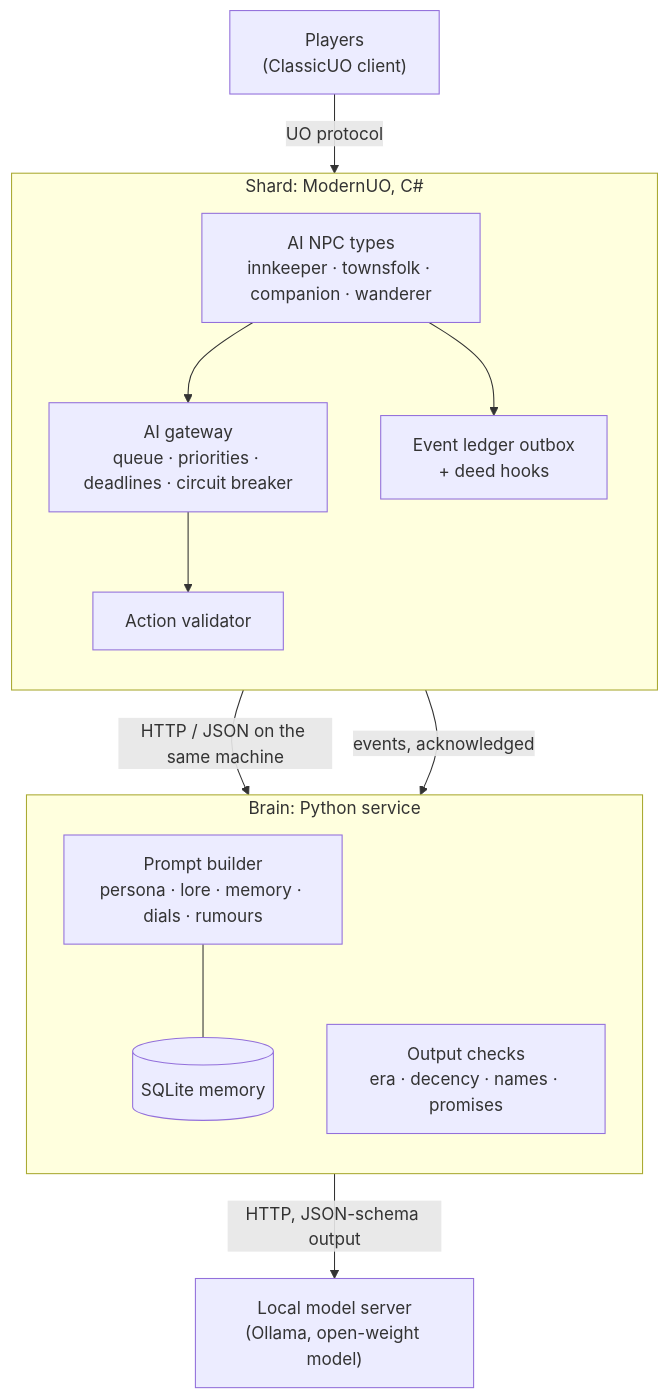
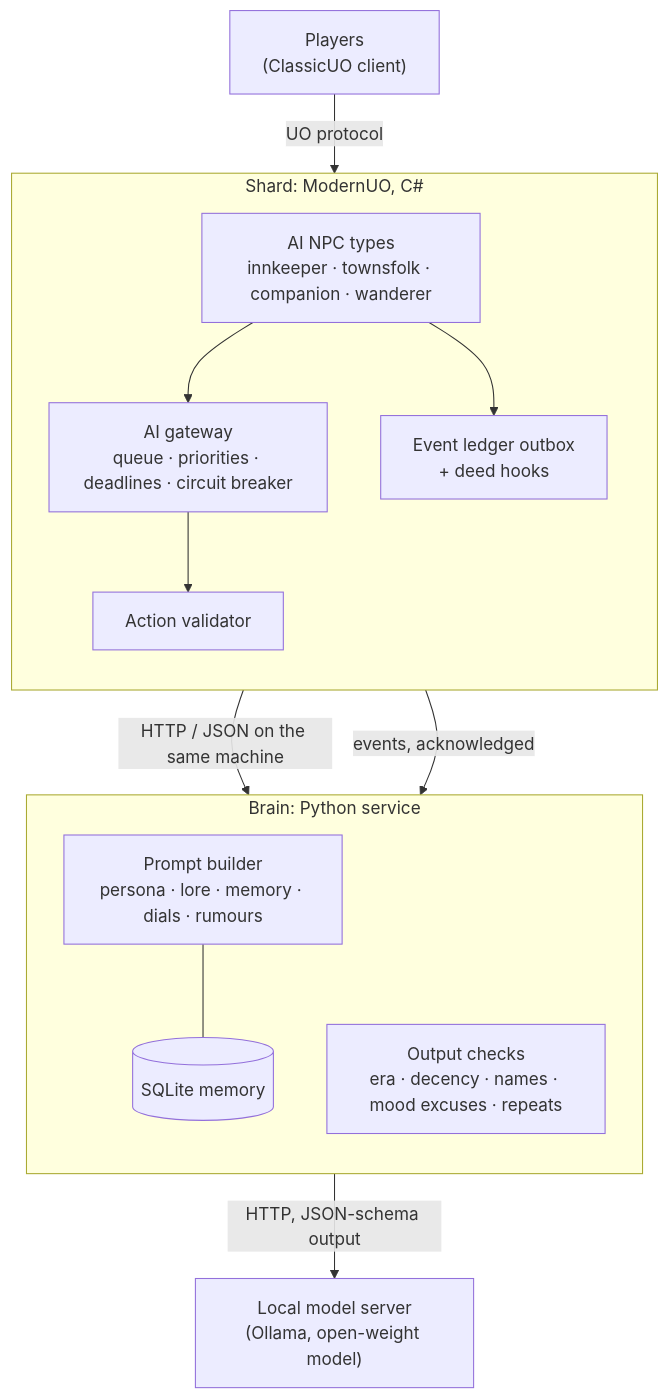
The first of 8 diagrams in avallone-docs/DESIGN.md (Deny2461/avallone-shard), drawn with Mermaid before and after one commit. The commit also changed other lines of this file and 42 other files, not shown here.

````diff
--- a/avallone-docs/DESIGN.md
+++ b/avallone-docs/DESIGN.md
@@ -48,24 +48,24 @@
 ```mermaid
 flowchart TB
     P["Players<br/>(ClassicUO client)"] -->|UO protocol| S
     subgraph S["Shard: ModernUO, C#"]
         direction TB
         N["AI NPC types<br/>innkeeper · townsfolk · companion · wanderer"]
         G["AI gateway<br/>queue · priorities · deadlines · circuit breaker"]
         L["Event ledger outbox<br/>+ deed hooks"]
         V["Action validator"]
         N --> G
         N --> L
         G --> V
     end
     G -->|"HTTP / JSON on the same machine"| B
     L -->|"events, acknowledged"| B
     subgraph B["Brain: Python service"]
         direction TB
         PR["Prompt builder<br/>persona · lore · memory · dials · rumours"]
-        F["Output checks<br/>era · decency · names · promises"]
+        F["Output checks<br/>era · decency · names · mood excuses · repeats"]
         M[("SQLite memory")]
         PR --- M
     end
     B -->|"HTTP, JSON-schema output"| O["Local model server<br/>(Ollama, open-weight model)"]
 ```
````
